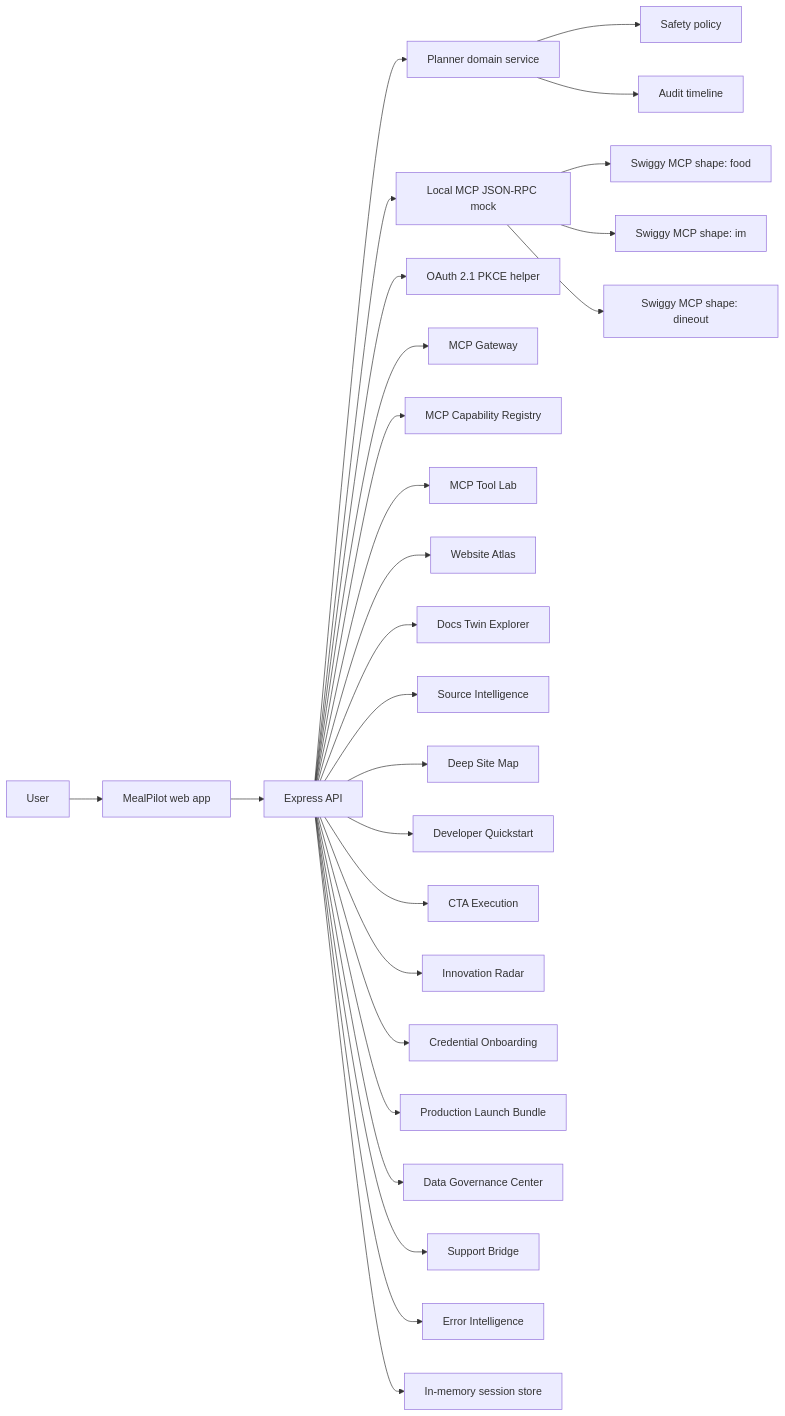
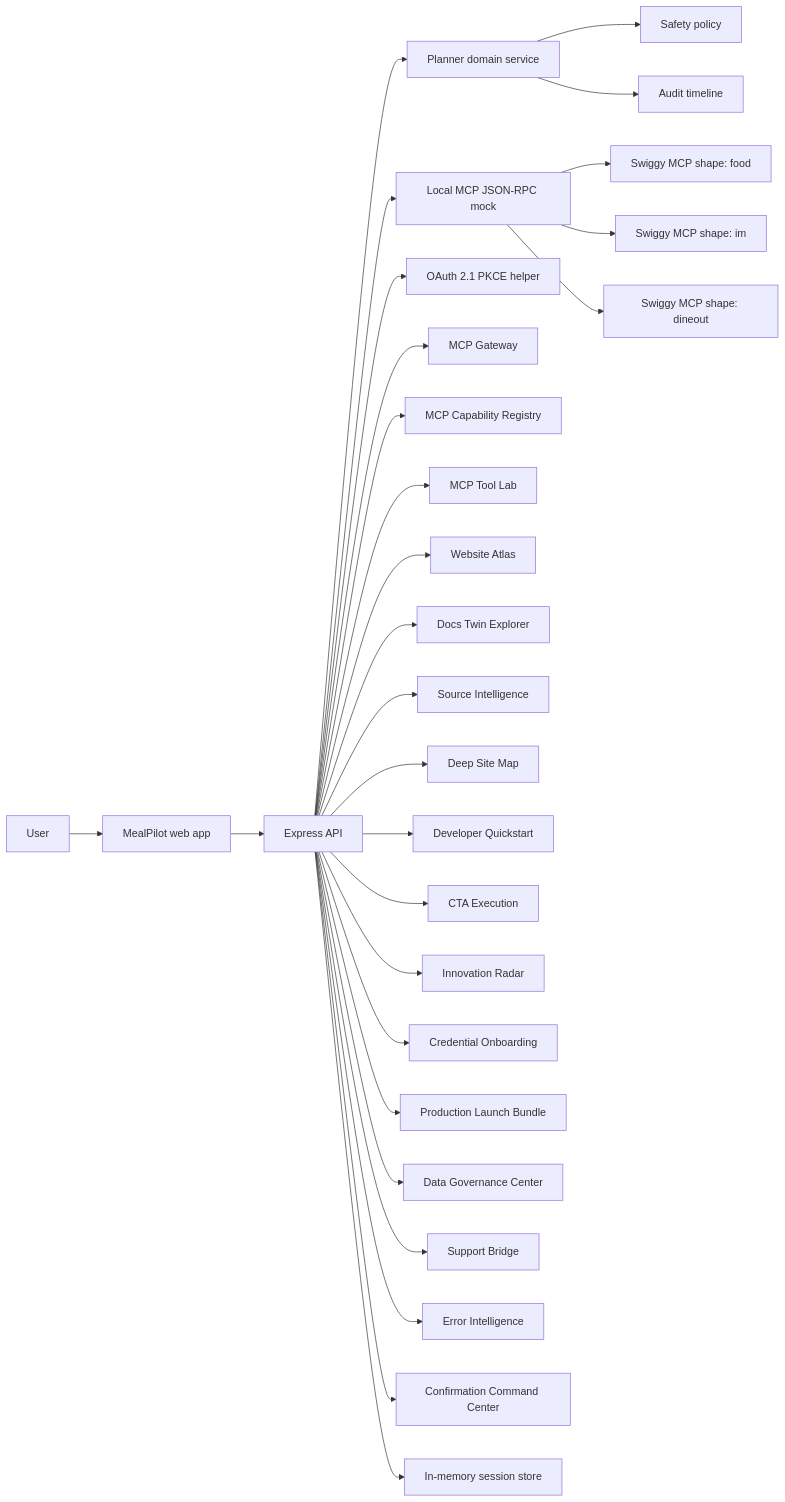
Before and after one commit to Farhankhan0128/MealPilot: the diagram in docs/architecture.md, drawn with Mermaid. The commit also changed other lines of this file and 19 other files, not shown here.

Commit message:
Add Swiggy confirmation command center

````diff
--- a/docs/architecture.md
+++ b/docs/architecture.md
@@ -7,29 +7,30 @@
 ```mermaid
 flowchart LR
   U["User"] --> UI["MealPilot web app"]
   UI --> API["Express API"]
   API --> Planner["Planner domain service"]
   Planner --> Safety["Safety policy"]
   API --> Mock["Local MCP JSON-RPC mock"]
   API --> Auth["OAuth 2.1 PKCE helper"]
   API --> Gateway["MCP Gateway"]
   API --> Registry["MCP Capability Registry"]
   API --> ToolLab["MCP Tool Lab"]
   API --> Atlas["Website Atlas"]
   API --> DocsTwin["Docs Twin Explorer"]
   API --> SourceIntel["Source Intelligence"]
   API --> DeepMap["Deep Site Map"]
   API --> DevQuick["Developer Quickstart"]
   API --> CtaExec["CTA Execution"]
   API --> Innovation["Innovation Radar"]
   API --> Credential["Credential Onboarding"]
   API --> Launch["Production Launch Bundle"]
   API --> DataGov["Data Governance Center"]
   API --> Support["Support Bridge"]
   API --> Errors["Error Intelligence"]
+  API --> ConfirmCmd["Confirmation Command Center"]
   Mock --> Food["Swiggy MCP shape: food"]
   Mock --> IM["Swiggy MCP shape: im"]
   Mock --> Dineout["Swiggy MCP shape: dineout"]
   API --> Store["In-memory session store"]
   Planner --> Obs["Audit timeline"]
 ```
````
